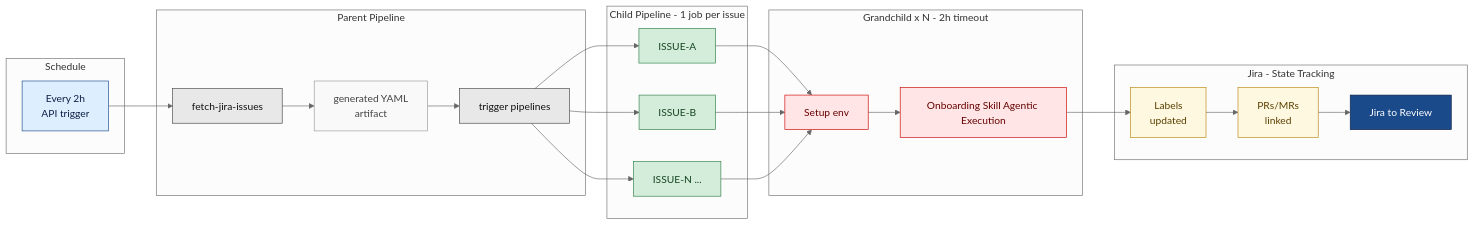
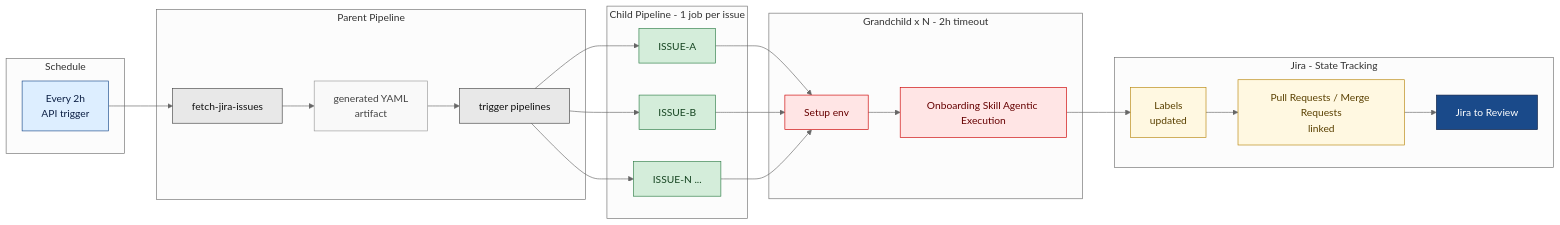
One commit to opendatahub-io/aiops-infra changed the third of 3 diagrams in docs/rfds/odh-component-onboarding/flow-diagrams-lr.md. Above: the diagram before and after it, drawn with Mermaid (neutral theme). The commit also changed 37 other files, not shown here.

````diff
--- a/docs/rfds/odh-component-onboarding/flow-diagrams-lr.md
+++ b/docs/rfds/odh-component-onboarding/flow-diagrams-lr.md
@@ -88,49 +88,49 @@
 ```mermaid
 flowchart LR
     classDef schedNode  fill:#DDEEFF,stroke:#1A4A8A,color:#0d2045
     classDef parentNode fill:#E8E8E8,stroke:#444444,color:#111111
     classDef artifact   fill:#F9F9F9,stroke:#999999,color:#444444
     classDef childNode  fill:#D4EDDA,stroke:#2D7D46,color:#154420
     classDef grandNode  fill:#FFE5E5,stroke:#CC0000,color:#660000
     classDef jiraNode   fill:#FFF8E1,stroke:#B8860B,color:#5a4000
     classDef done       fill:#1A4A8A,stroke:#0d2045,color:#FFFFFF
 
     subgraph SCHED[Schedule]
         SC[Every 2h<br>API trigger]:::schedNode
     end
 
     subgraph PARENT[Parent Pipeline]
         P1[fetch-jira-issues]:::parentNode
         P2[generated YAML<br>artifact]:::artifact
         P3[trigger pipelines]:::parentNode
         P1 --> P2 --> P3
     end
 
     subgraph CHILD[Child Pipeline - 1 job per issue]
         C1[ISSUE-A]:::childNode
         C2[ISSUE-B]:::childNode
         C3[ISSUE-N ...]:::childNode
     end
 
     subgraph GRAND[Grandchild x N - 2h timeout]
         G1[Setup env]:::grandNode
         G2[Onboarding Skill Agentic Execution]:::grandNode
         G1 --> G2
     end
 
     subgraph JIRA[Jira - State Tracking]
         J1[Labels<br>updated]:::jiraNode
-        J2[PRs/MRs<br>linked]:::jiraNode
+        J2[Pull Requests / Merge Requests<br>linked]:::jiraNode
         J3[Jira to Review]:::done
         J1 --> J2 --> J3
     end
 
     SC --> P1
     P3 --> C1
     P3 --> C2
     P3 --> C3
     C1 --> G1
     C2 --> G1
     C3 --> G1
     G2 --> J1
 ```
````
